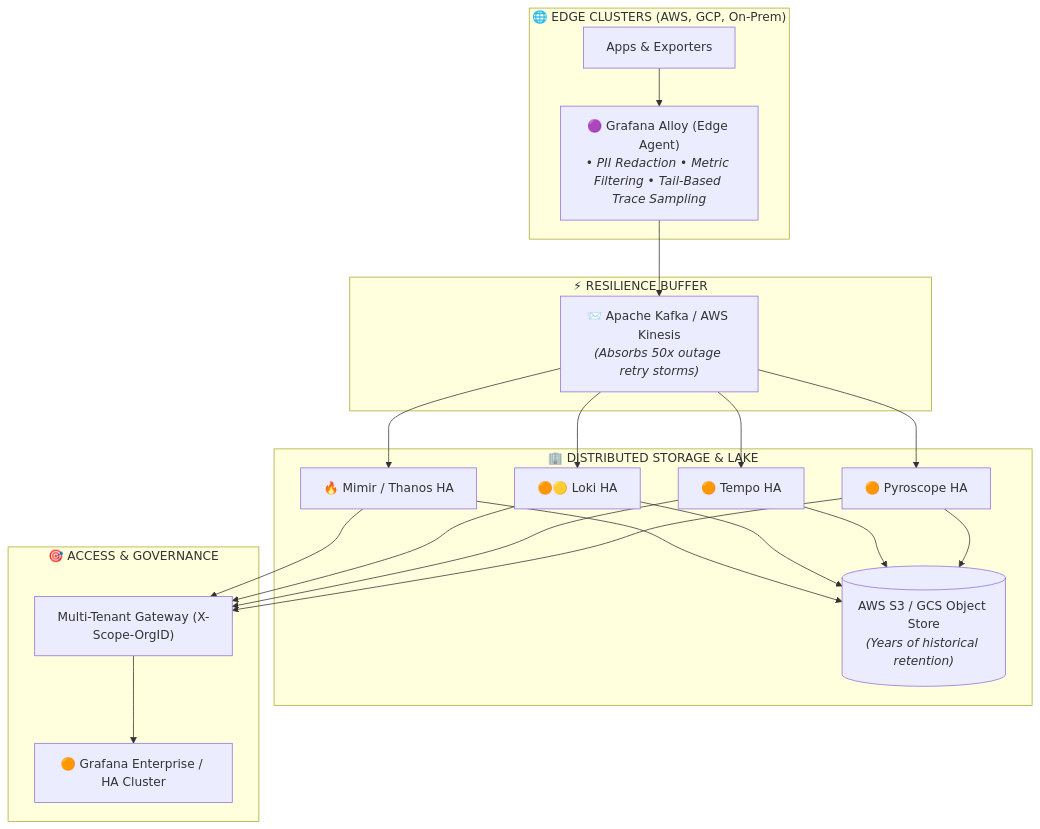
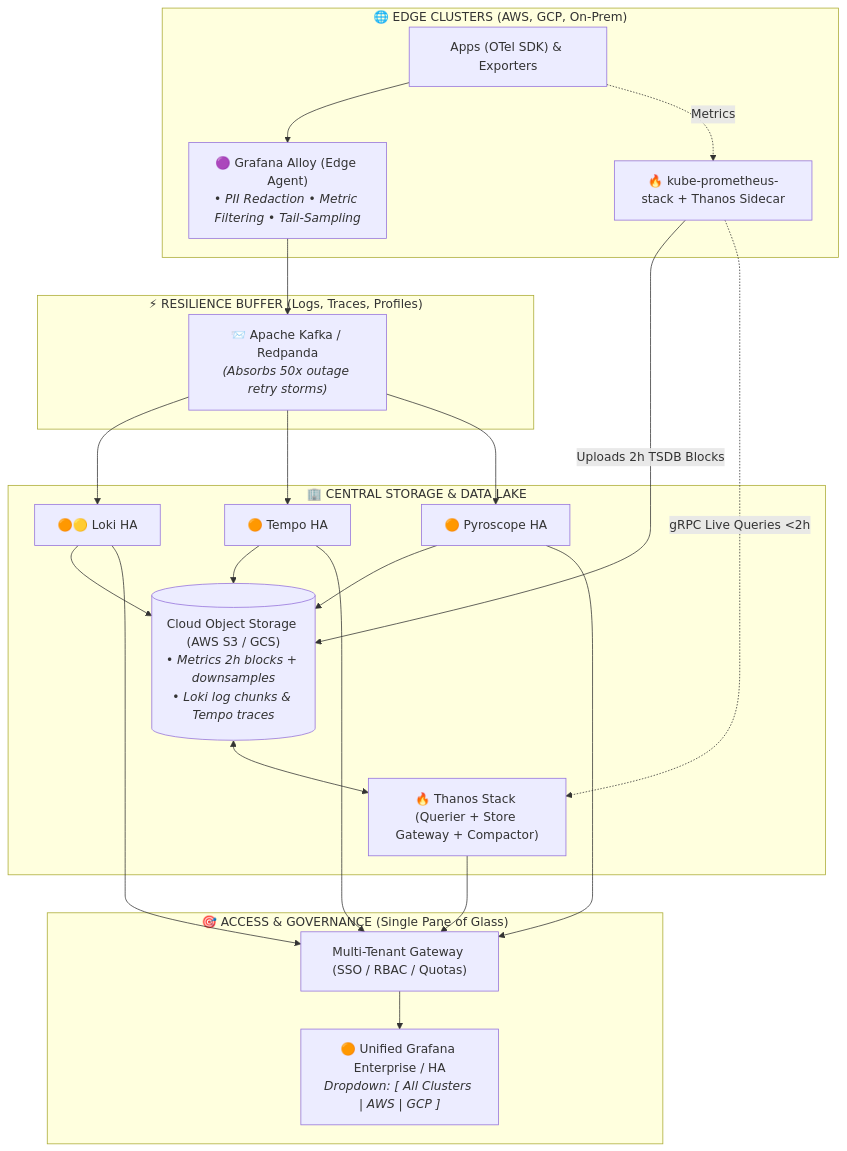
One commit to seang454/kubernete-aws-gcp changed the second of 2 diagrams in observ-monitory/README.md. Above: the diagram before and after it, drawn with Mermaid. The commit also changed 1 other file, not shown here.

Commit message:
update new version

````diff
--- a/observ-monitory/README.md
+++ b/observ-monitory/README.md
@@ -103,34 +103,42 @@
 ```mermaid
 flowchart TD
     subgraph Edge["🌐 EDGE CLUSTERS (AWS, GCP, On-Prem)"]
-        apps["Apps & Exporters"] --> alloy["🟣 Grafana Alloy (Edge Agent)<br><i>• PII Redaction • Metric Filtering • Tail-Based Trace Sampling</i>"]
+        apps["Apps (OTel SDK) & Exporters"]
+        kps["🔥 kube-prometheus-stack + Thanos Sidecar"]
+        alloy["🟣 Grafana Alloy (Edge Agent)<br><i>• PII Redaction • Metric Filtering • Tail-Sampling</i>"]
+        apps --> alloy
+        apps -.->|Metrics| kps
     end
 
-    subgraph Queue["⚡ RESILIENCE BUFFER"]
-        kafka["📨 Apache Kafka / AWS Kinesis<br><i>(Absorbs 50x outage retry storms)</i>"]
+    subgraph Queue["⚡ RESILIENCE BUFFER (Logs, Traces, Profiles)"]
+        kafka["📨 Apache Kafka / Redpanda<br><i>(Absorbs 50x outage retry storms)</i>"]
         alloy --> kafka
     end
 
-    subgraph StorageCluster["🏢 DISTRIBUTED STORAGE & LAKE"]
-        kafka --> mimir["🔥 Mimir / Thanos HA"]
+    subgraph StorageCluster["🏢 CENTRAL STORAGE & DATA LAKE"]
+        s3[("Cloud Object Storage (AWS S3 / GCS)<br><i>• Metrics 2h blocks + downsamples<br>• Loki log chunks & Tempo traces</i>")]
+        
+        kps -->|Uploads 2h TSDB Blocks| s3
+        thanos["🔥 Thanos Stack (Querier + Store Gateway + Compactor)"]
+        s3 <--> thanos
+        kps -.->|gRPC Live Queries <2h| thanos
+
         kafka --> loki["🟠🟡 Loki HA"]
         kafka --> tempo["🟠 Tempo HA"]
         kafka --> pyro["🟠 Pyroscope HA"]
 
-        s3[("AWS S3 / GCS Object Store<br><i>(Years of historical retention)</i>")]
-        mimir --> s3
         loki --> s3
         tempo --> s3
         pyro --> s3
     end
 
-    subgraph Governance["🎯 ACCESS & GOVERNANCE"]
-        gw["Multi-Tenant Gateway (X-Scope-OrgID)"]
-        grafana["🟠 Grafana Enterprise / HA Cluster"]
-        mimir --> gw
+    subgraph Governance["🎯 ACCESS & GOVERNANCE (Single Pane of Glass)"]
+        gw["Multi-Tenant Gateway (SSO / RBAC / Quotas)"]
+        grafana["🟠 Unified Grafana Enterprise / HA<br><i>Dropdown: [ All Clusters | AWS | GCP ]</i>"]
+        thanos --> gw
         loki --> gw
         tempo --> gw
         pyro --> gw
         gw --> grafana
     end
 ```
````
